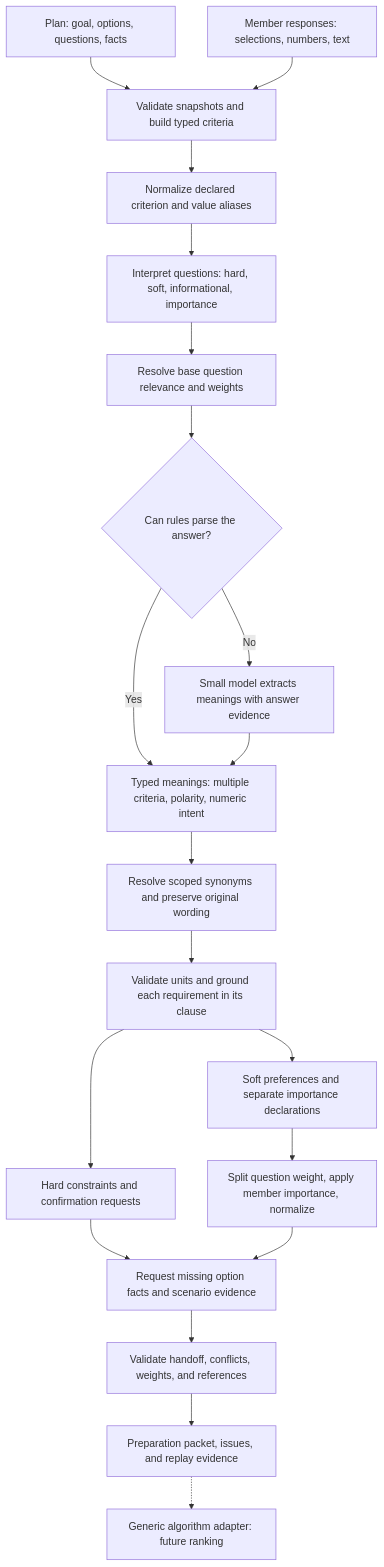
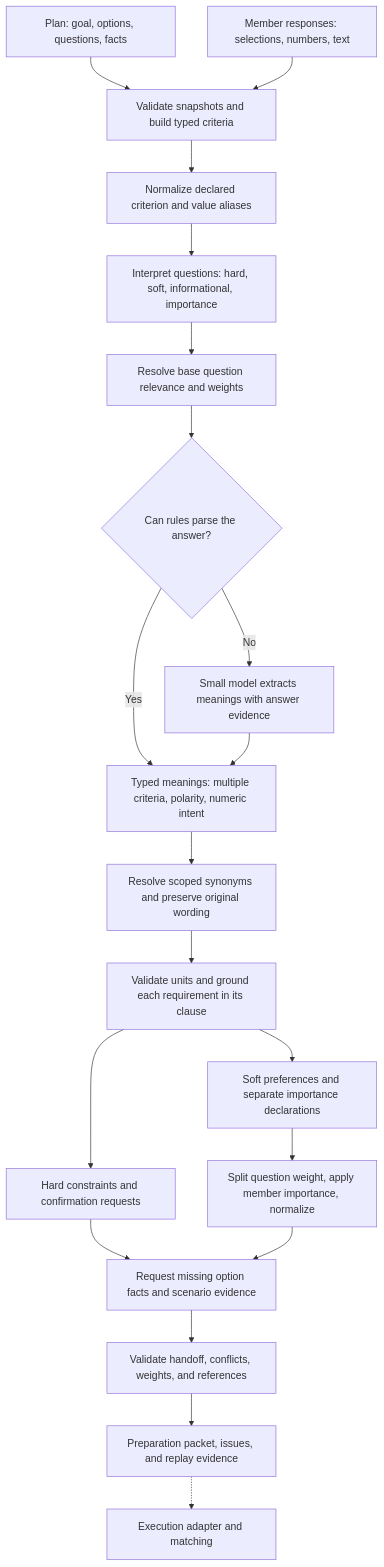
The diagram in decision_service/docs/FLOW.md (chikenkurry/FSD), drawn with Mermaid before and after one commit. The commit also changed other lines of this file and 4 other files, not shown here.

````diff
--- a/decision_service/docs/FLOW.md
+++ b/decision_service/docs/FLOW.md
@@ -10,22 +10,22 @@
 ```mermaid
 flowchart TD
     A[Plan: goal, options, questions, facts] --> C[Validate snapshots and build typed criteria]
     B[Member responses: selections, numbers, text] --> C
     C --> R[Normalize declared criterion and value aliases]
     R --> D[Interpret questions: hard, soft, informational, importance]
     D --> E[Resolve base question relevance and weights]
     E --> F{Can rules parse the answer?}
     F -->|Yes| H[Typed meanings: multiple criteria, polarity, numeric intent]
     F -->|No| G[Small model extracts meanings with answer evidence]
     G --> H
     H --> S[Resolve scoped synonyms and preserve original wording]
     S --> I[Validate units and ground each requirement in its clause]
     I --> J[Hard constraints and confirmation requests]
     I --> K[Soft preferences and separate importance declarations]
     K --> L[Split question weight, apply member importance, normalize]
     J --> M[Request missing option facts and scenario evidence]
     L --> M
     M --> N[Validate handoff, conflicts, weights, and references]
     N --> O[Preparation packet, issues, and replay evidence]
-    O -.-> P[Generic algorithm adapter: future ranking]
+    O -.-> P[Execution adapter and matching]
 ```
````
